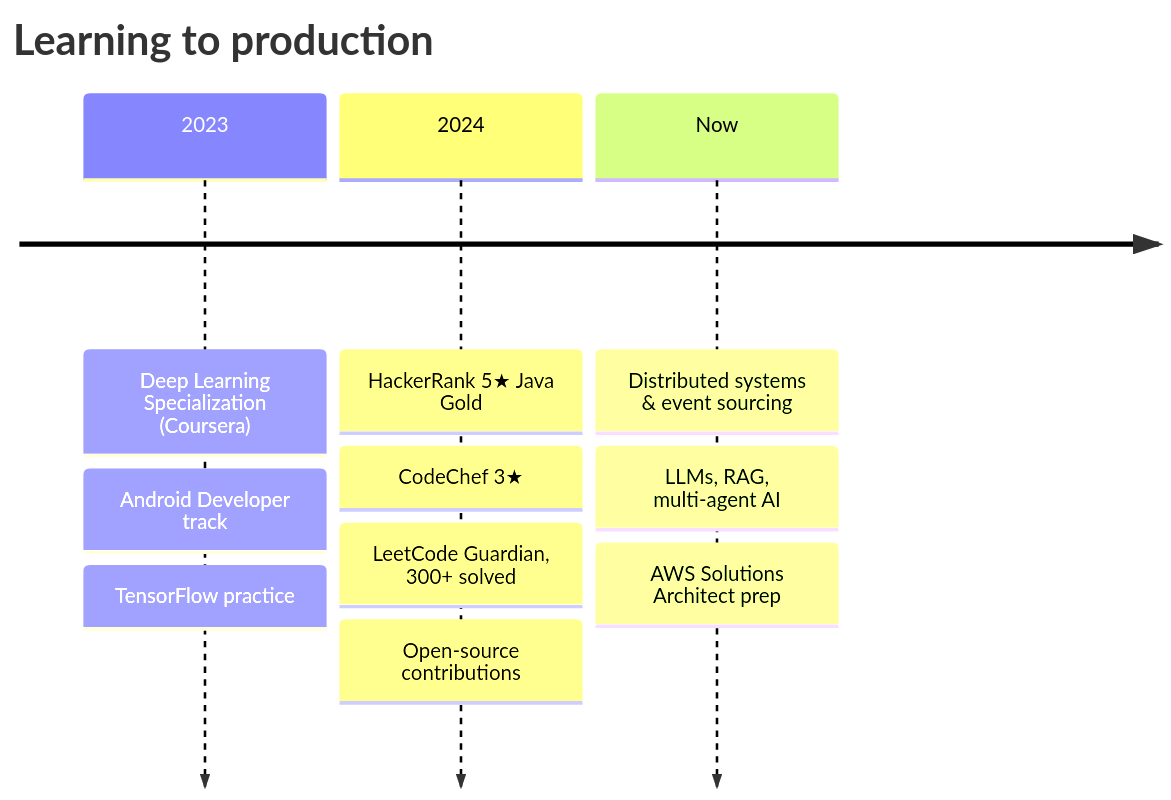
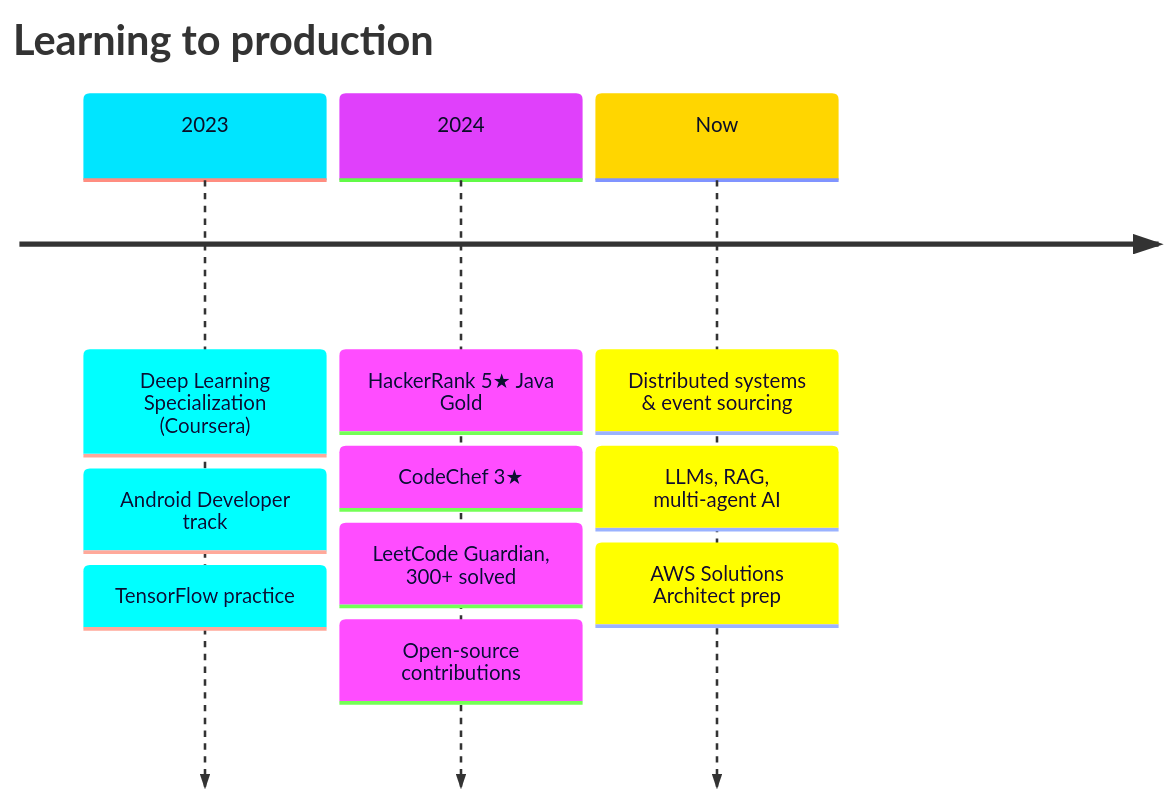
One commit to Abhay9889/Abhay9889 changed the third of 3 diagrams in README.md. Above: the diagram before and after it, drawn with Mermaid. The commit also changed other lines of this file, not shown here.

````diff
--- a/README.md
+++ b/README.md
@@ -209,14 +167,15 @@
 ```mermaid
+%%{init: {"theme":"base","themeVariables":{"cScale0":"#00e5ff","cScale1":"#e040fb","cScale2":"#ffd600","cScaleLabel0":"#0a0e27","cScaleLabel1":"#0a0e27","cScaleLabel2":"#0a0e27","titleColor":"#00bcd4"}}}%%
 timeline
     title Learning to production
     2023 : Deep Learning Specialization (Coursera)
          : Android Developer track
          : TensorFlow practice
     2024 : HackerRank 5★ Java Gold
          : CodeChef 3★
          : LeetCode Guardian, 300+ solved
          : Open-source contributions
     Now  : Distributed systems & event sourcing
          : LLMs, RAG, multi-agent AI
          : AWS Solutions Architect prep
 ```
````
